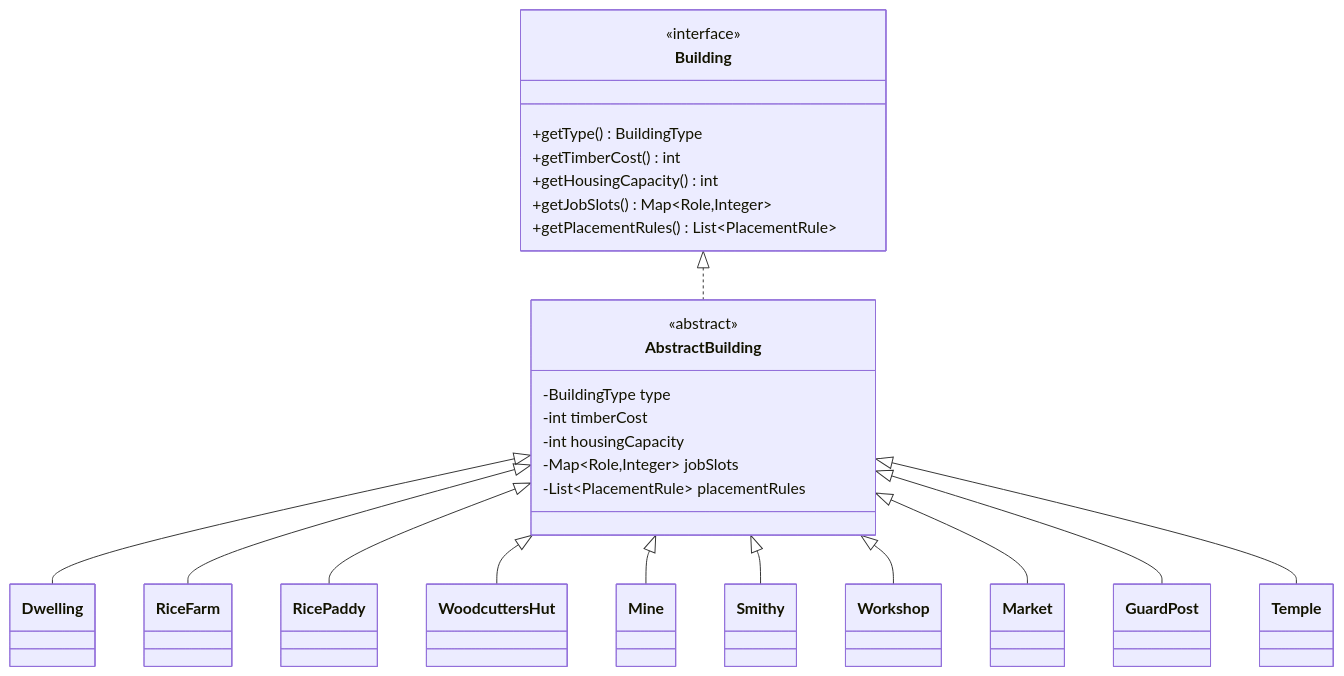
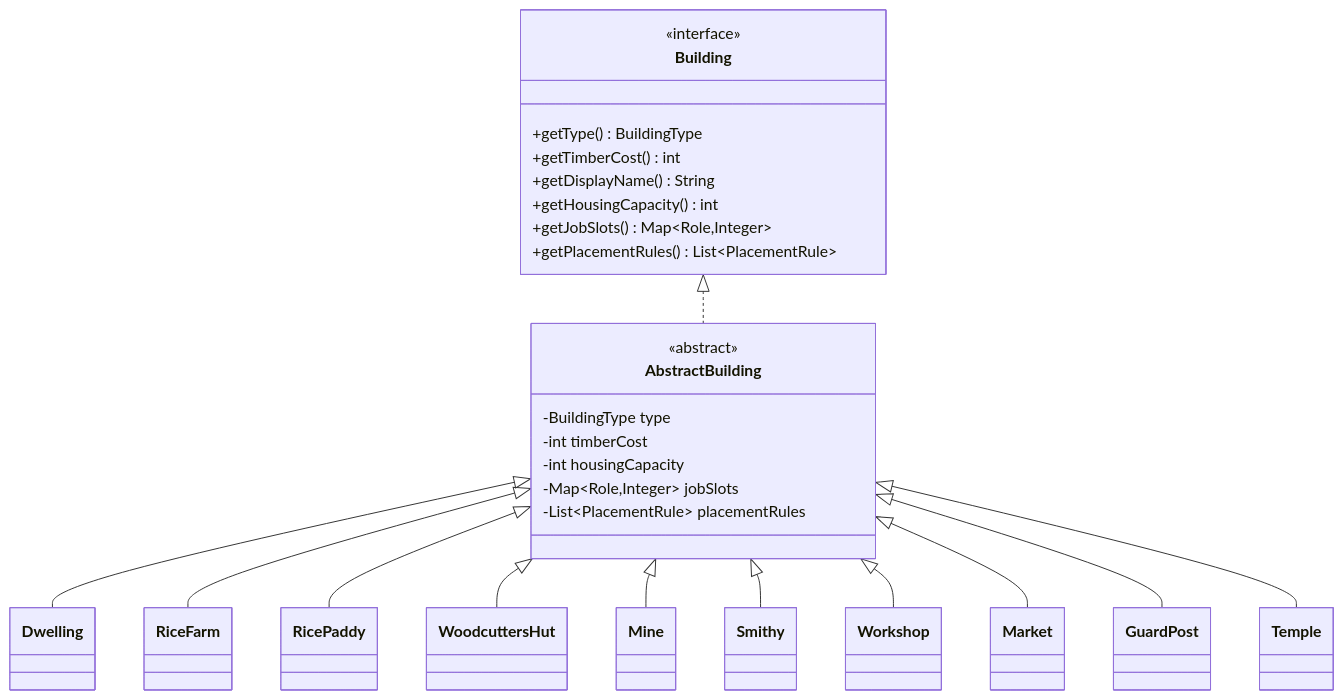
One commit to edope704/DaimyoSimulator changed the eighth of 14 diagrams in docs/DesignDocument.md. Above: the diagram before and after it, drawn with Mermaid. The commit also changed other lines of this file, not shown here.

````diff
--- a/docs/DesignDocument.md
+++ b/docs/DesignDocument.md
@@ -265,30 +288,31 @@
 ```mermaid
 classDiagram
     class Building {
         <<interface>>
         +getType() BuildingType
         +getTimberCost() int
+        +getDisplayName() String
         +getHousingCapacity() int
         +getJobSlots() Map~Role,Integer~
         +getPlacementRules() List~PlacementRule~
     }
     class AbstractBuilding {
         <<abstract>>
         -BuildingType type
         -int timberCost
         -int housingCapacity
         -Map~Role,Integer~ jobSlots
         -List~PlacementRule~ placementRules
     }
     Building <|.. AbstractBuilding
     AbstractBuilding <|-- Dwelling
     AbstractBuilding <|-- RiceFarm
     AbstractBuilding <|-- RicePaddy
     AbstractBuilding <|-- WoodcuttersHut
     AbstractBuilding <|-- Mine
     AbstractBuilding <|-- Smithy
     AbstractBuilding <|-- Workshop
     AbstractBuilding <|-- Market
     AbstractBuilding <|-- GuardPost
     AbstractBuilding <|-- Temple
 ```
````
